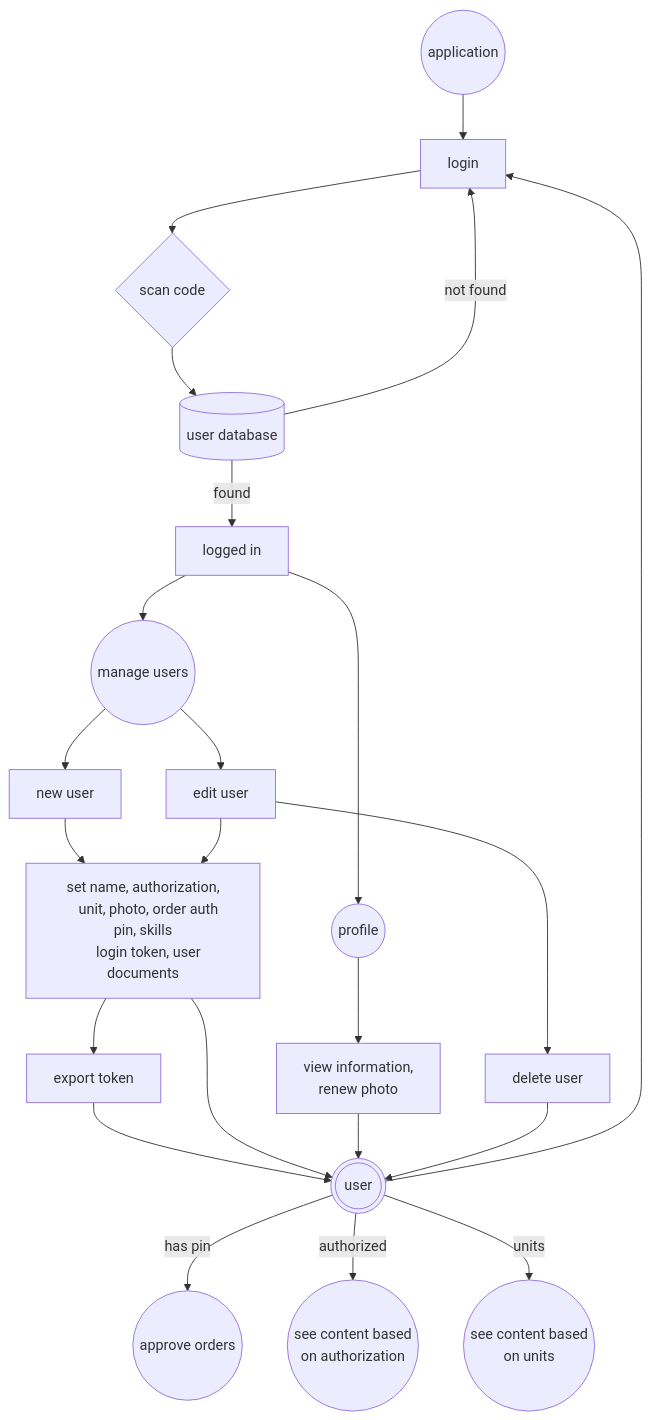
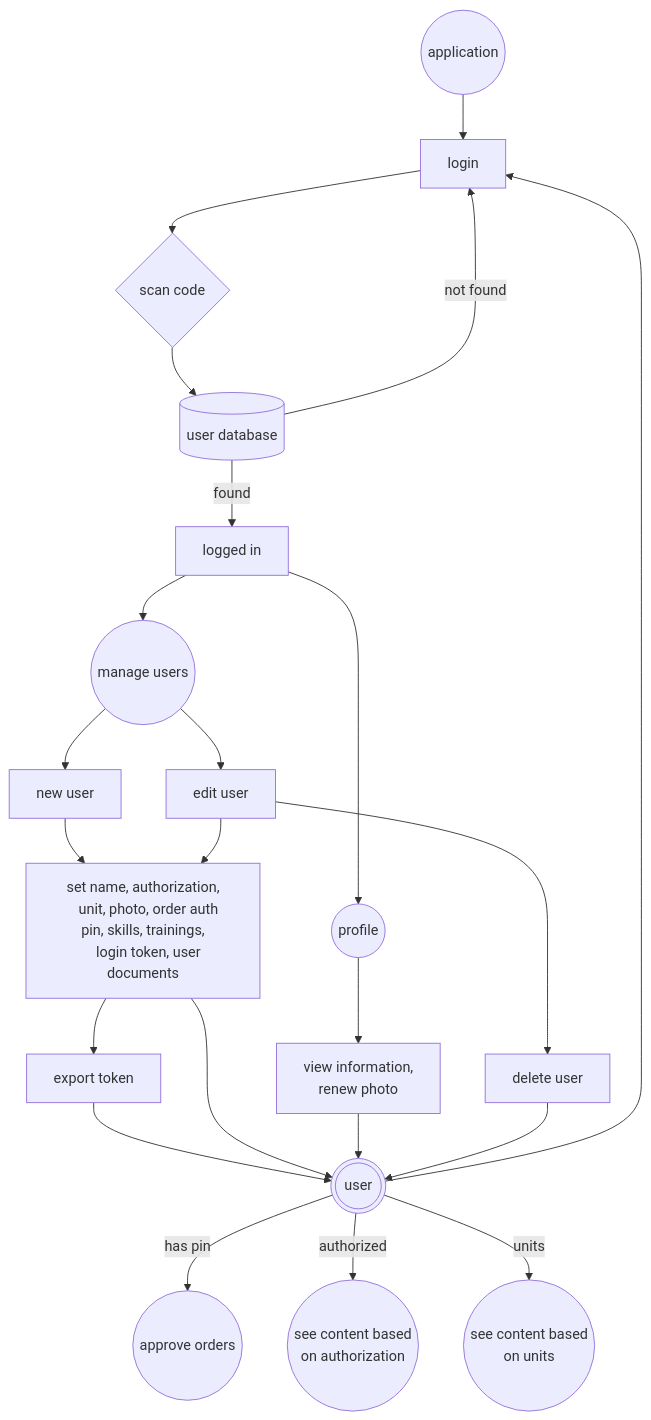
The first of 7 diagrams in readme.md (erroronline1/caro), drawn with Mermaid before and after one commit. The commit also changed other lines of this file, not shown here.

````diff
--- a/readme.md
+++ b/readme.md
@@ -296,33 +296,33 @@
 ```mermaid
 graph TD;
     application((application))-->login[login];
     login-->scan_code;
     scan_code{scan code}-->user_db[(user database)];
     user_db-->|found|logged_in[logged in];
     user_db-->|not found|login;
     logged_in-->manage_users((manage users));
     manage_users-->new_user[new user];
     manage_users-->edit_user[edit user];
     new_user-->user_settings["set name, authorization,
-    unit, photo, order auth pin, skills
+    unit, photo, order auth pin, skills, trainings,
     login token, user documents"];
     edit_user-->user_settings;
     user_settings-->export_token[export token];
     export_token-->user(((user)));
     user-->login;
     user_settings-->user;
 
     logged_in-->own_profile((profile));
     own_profile-->profile["view information,
     renew photo"];
     profile-->user;
 
     edit_user-->delete_user[delete user];
     delete_user-->user;
 
     user-->|has pin|orders((approve orders))
     user-->|authorized|authorized(("see content based
     on authorization"))
     user-->|units|units(("see content based
     on units"))
 ```
````
